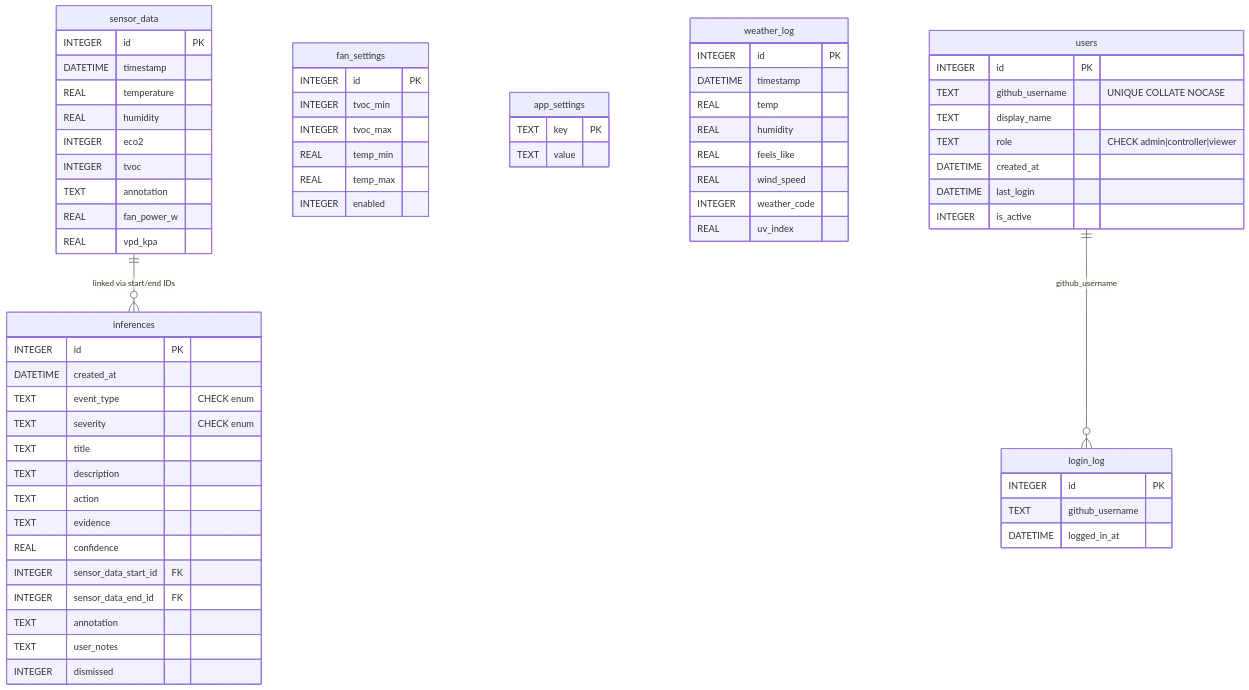
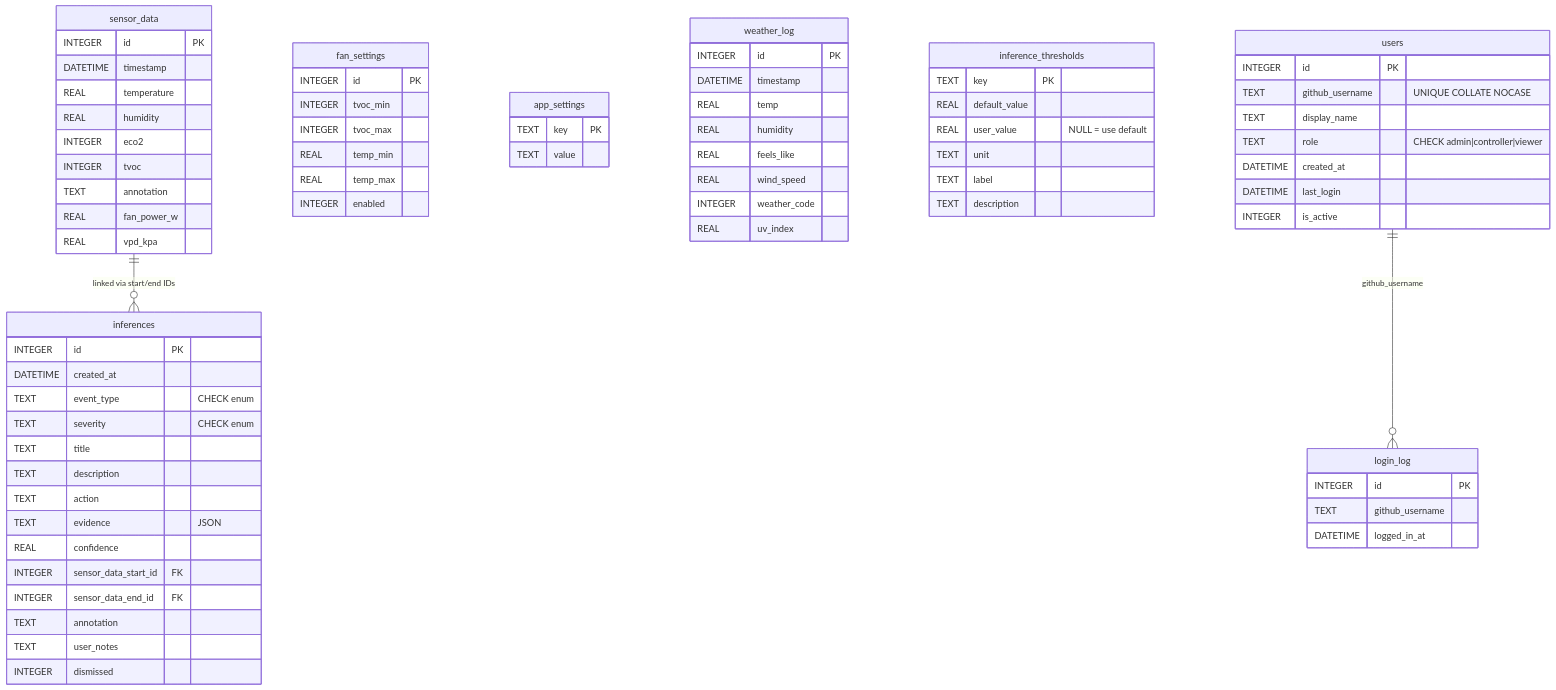
The second of 4 diagrams in readme.md (Ryan-be/mars-air-quility), drawn with Mermaid before and after one commit. The commit also changed other lines of this file and 2 other files, not shown here.

First line of the commit message:
Professionalise documentation with architecture UML and split config/production guides

````diff
--- a/readme.md
+++ b/readme.md
@@ -209,74 +158,82 @@
     sensor_data {
         INTEGER id PK
         DATETIME timestamp
-        REAL    temperature
-        REAL    humidity
+        REAL temperature
+        REAL humidity
         INTEGER eco2
         INTEGER tvoc
-        TEXT    annotation
-        REAL    fan_power_w
-        REAL    vpd_kpa
+        TEXT annotation
+        REAL fan_power_w
+        REAL vpd_kpa
     }
 
     fan_settings {
         INTEGER id PK
         INTEGER tvoc_min
         INTEGER tvoc_max
-        REAL    temp_min
-        REAL    temp_max
+        REAL temp_min
+        REAL temp_max
         INTEGER enabled
     }
 
     app_settings {
-        TEXT key   PK
+        TEXT key PK
         TEXT value
     }
 
     weather_log {
-        INTEGER id           PK
+        INTEGER id PK
         DATETIME timestamp
-        REAL    temp
-        REAL    humidity
-        REAL    feels_like
-        REAL    wind_speed
+        REAL temp
+        REAL humidity
+        REAL feels_like
+        REAL wind_speed
         INTEGER weather_code
-        REAL    uv_index
+        REAL uv_index
     }
 
     inferences {
-        INTEGER  id PK
+        INTEGER id PK
         DATETIME created_at
-        TEXT     event_type "CHECK enum"
-        TEXT     severity "CHECK enum"
-        TEXT     title
-        TEXT     description
-        TEXT     action
-        TEXT     evidence
-        REAL     confidence
-        INTEGER  sensor_data_start_id FK
-        INTEGER  sensor_data_end_id FK
-        TEXT     annotation
-        TEXT     user_notes
-        INTEGER  dismissed
+        TEXT event_type "CHECK enum"
+        TEXT severity "CHECK enum"
+        TEXT title
+        TEXT description
+        TEXT action
+        TEXT evidence "JSON"
+        REAL confidence
+        INTEGER sensor_data_start_id FK
+        INTEGER sensor_data_end_id FK
+        TEXT annotation
+        TEXT user_notes
+        INTEGER dismissed
+    }
+
+    inference_thresholds {
+        TEXT key PK
+        REAL default_value
+        REAL user_value "NULL = use default"
+        TEXT unit
+        TEXT label
+        TEXT description
+    }
+
+    users {
+        INTEGER id PK
+        TEXT github_username "UNIQUE COLLATE NOCASE"
+        TEXT display_name
+        TEXT role "CHECK admin|controller|viewer"
+        DATETIME created_at
+        DATETIME last_login
+        INTEGER is_active
+    }
+
+    login_log {
+        INTEGER id PK
+        TEXT github_username
+        DATETIME logged_in_at
     }
 
     sensor_data ||--o{ inferences : "linked via start/end IDs"
-
-    users {
-        INTEGER  id             PK
-        TEXT     github_username "UNIQUE COLLATE NOCASE"
-        TEXT     display_name
-        TEXT     role           "CHECK admin|controller|viewer"
-        DATETIME created_at
-        DATETIME last_login
-        INTEGER  is_active
-    }
-
-    login_log {
-        INTEGER  id             PK
-        TEXT     github_username
-        DATETIME logged_in_at
-    }
-
     users ||--o{ login_log : "github_username"
 ```
````
